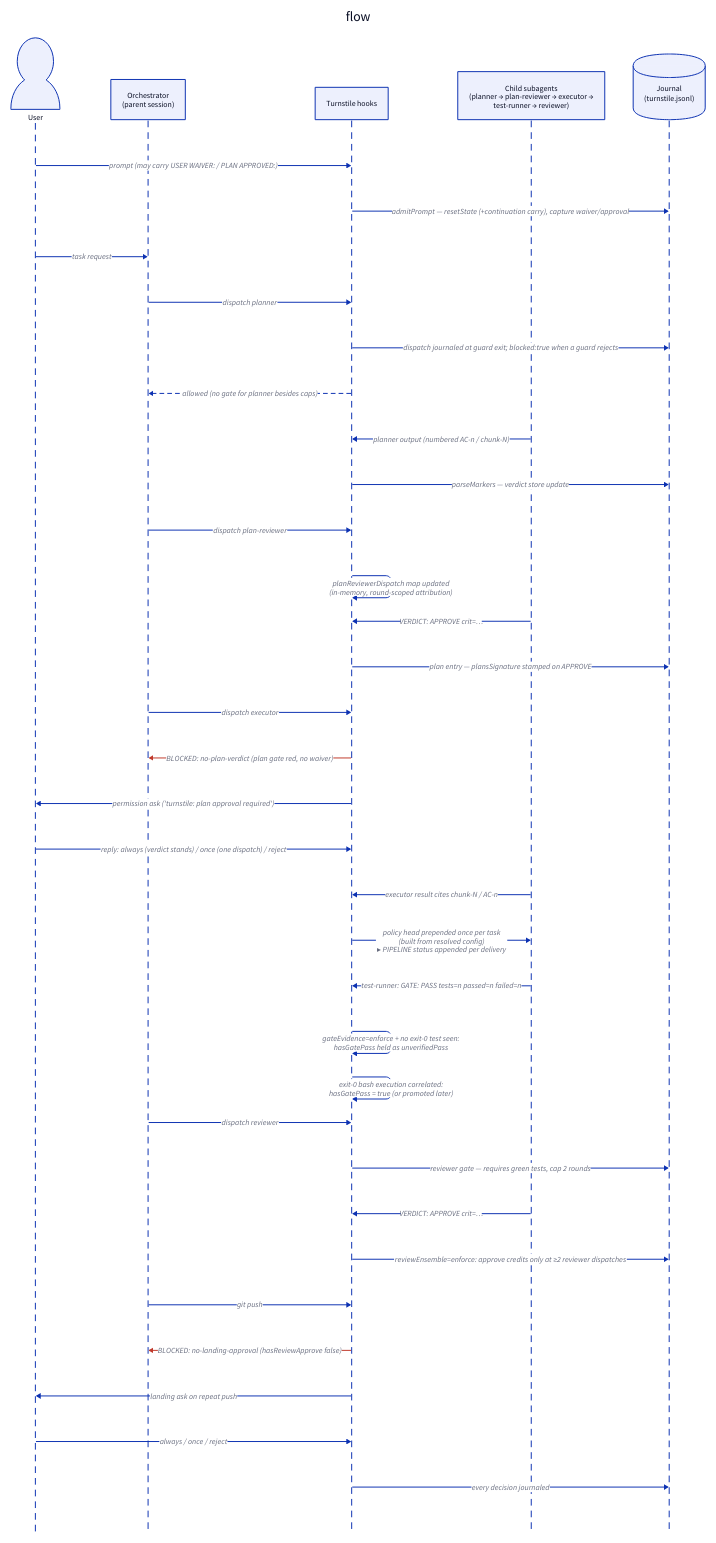
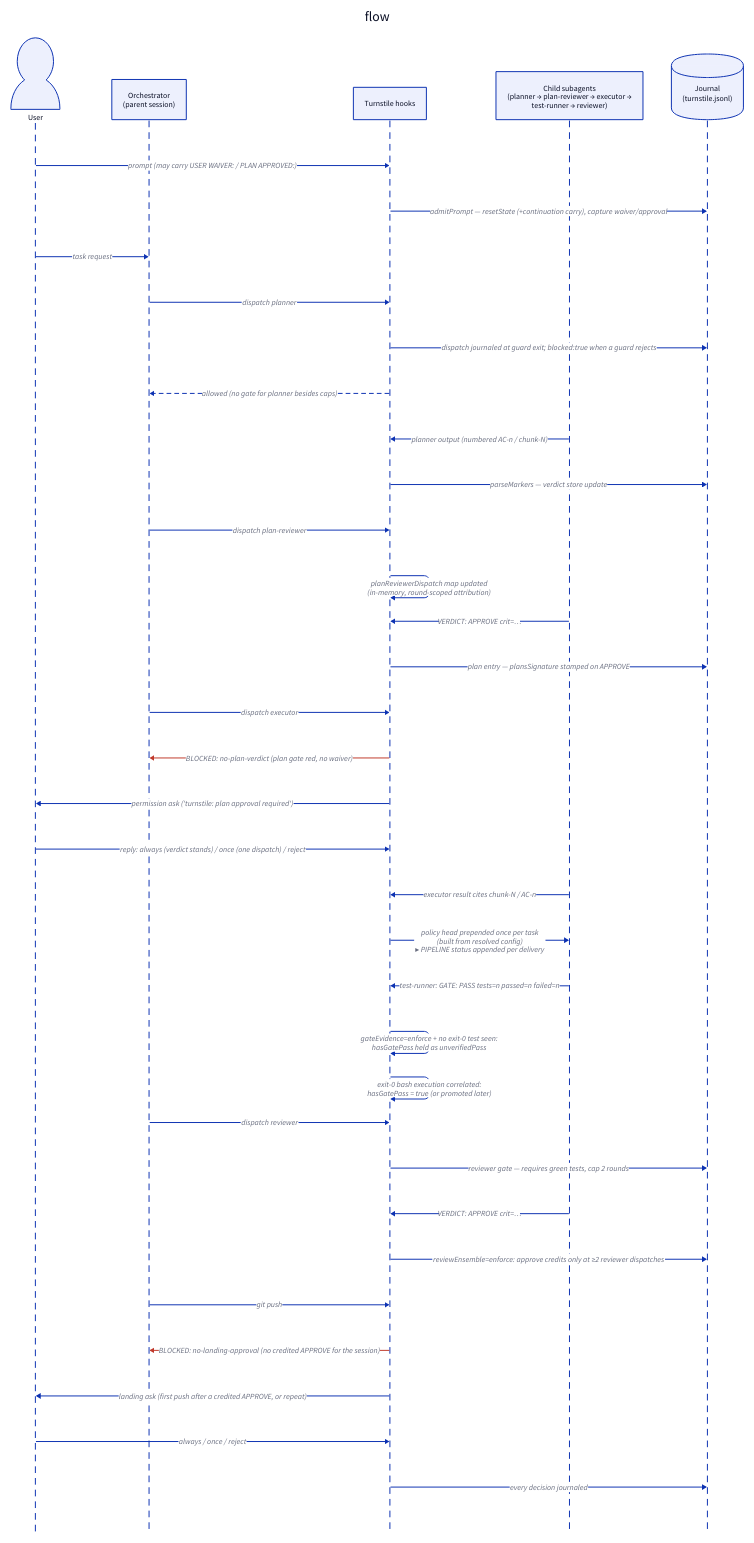
Before and after one commit to edseabolt/turnstile: the diagram in docs/diagrams/d03-task-flow.d2, drawn with D2. The commit also changed 11 other files, not shown here.

Commit message:
fix(gates)!: escalate landing ask on first push after a credited reviewer approval

```diff
--- a/docs/diagrams/d03-task-flow.d2
+++ b/docs/diagrams/d03-task-flow.d2
@@ -1,57 +1,57 @@
 flow: {
   shape: sequence_diagram
   user: "User" {
     shape: person
   }
   orch: "Orchestrator\n(parent session)"
   hooks: "Turnstile hooks"
   agents: "Child subagents\n(planner → plan-reviewer → executor →\ntest-runner → reviewer)"
   journal: "Journal\n(turnstile.jsonl)" {
     shape: cylinder
   }
 
   user -> hooks: "prompt (may carry USER WAIVER: / PLAN APPROVED:)"
   hooks -> journal: "admitPrompt — resetState (+continuation carry), capture waiver/approval"
   user -> orch: "task request"
 
   orch -> hooks: "dispatch planner"
   hooks -> journal: "dispatch journaled at guard exit; blocked:true when a guard rejects"
   hooks -> orch: "allowed (no gate for planner besides caps)" {
     style.stroke-dash: 4
   }
   agents -> hooks: "planner output (numbered AC-n / chunk-N)"
   hooks -> journal: "parseMarkers — verdict store update"
 
   orch -> hooks: "dispatch plan-reviewer"
   hooks -> hooks: "planReviewerDispatch map updated\n(in-memory, round-scoped attribution)"
   agents -> hooks: "VERDICT: APPROVE crit=…"
   hooks -> journal: "plan entry — plansSignature stamped on APPROVE"
 
   orch -> hooks: "dispatch executor"
   hooks -> orch: "BLOCKED: no-plan-verdict (plan gate red, no waiver)" {
     style.stroke: "#c0392b"
   }
   hooks -> user: "permission ask ('turnstile: plan approval required')"
   user -> hooks: "reply: always (verdict stands) / once (one dispatch) / reject"
 
   agents -> hooks: "executor result cites chunk-N / AC-n"
   hooks -> agents: "policy head prepended once per task\n(built from resolved config)\n▸ PIPELINE status appended per delivery"
 
   agents -> hooks: "test-runner: GATE: PASS tests=n passed=n failed=n"
   hooks -> hooks: "gateEvidence=enforce + no exit-0 test seen:\nhasGatePass held as unverifiedPass"
   hooks -> hooks: "exit-0 bash execution correlated:\nhasGatePass = true (or promoted later)"
 
   orch -> hooks: "dispatch reviewer"
   hooks -> journal: "reviewer gate — requires green tests, cap 2 rounds"
   agents -> hooks: "VERDICT: APPROVE crit=…"
   hooks -> journal: "reviewEnsemble=enforce: approve credits only at ≥2 reviewer dispatches"
 
   orch -> hooks: "git push"
-  hooks -> orch: "BLOCKED: no-landing-approval (hasReviewApprove false)" {
+  hooks -> orch: "BLOCKED: no-landing-approval (no credited APPROVE for the session)" {
     style.stroke: "#c0392b"
   }
-  hooks -> user: "landing ask on repeat push"
+  hooks -> user: "landing ask (first push after a credited APPROVE, or repeat)"
   user -> hooks: "always / once / reject"
 
   hooks -> journal: "every decision journaled"
 }
```
